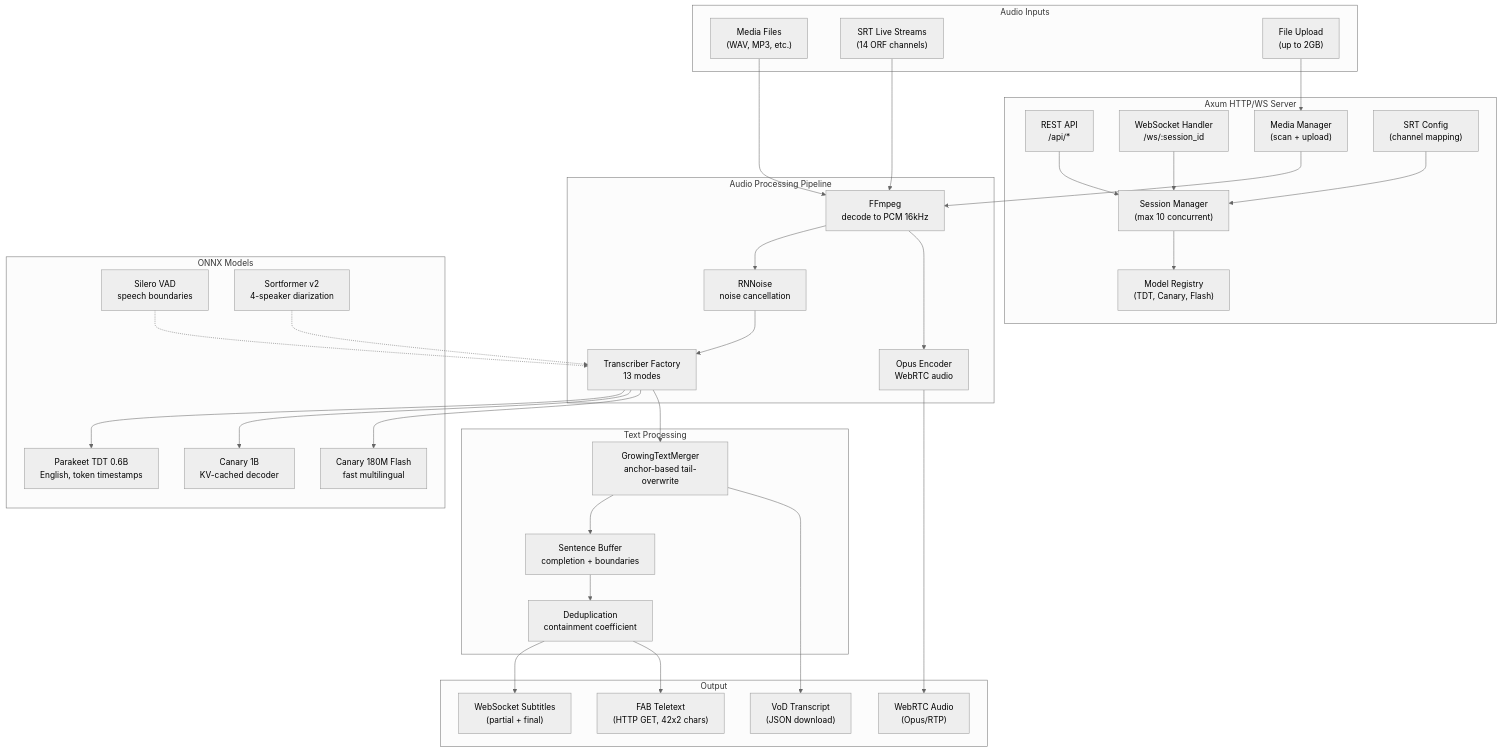
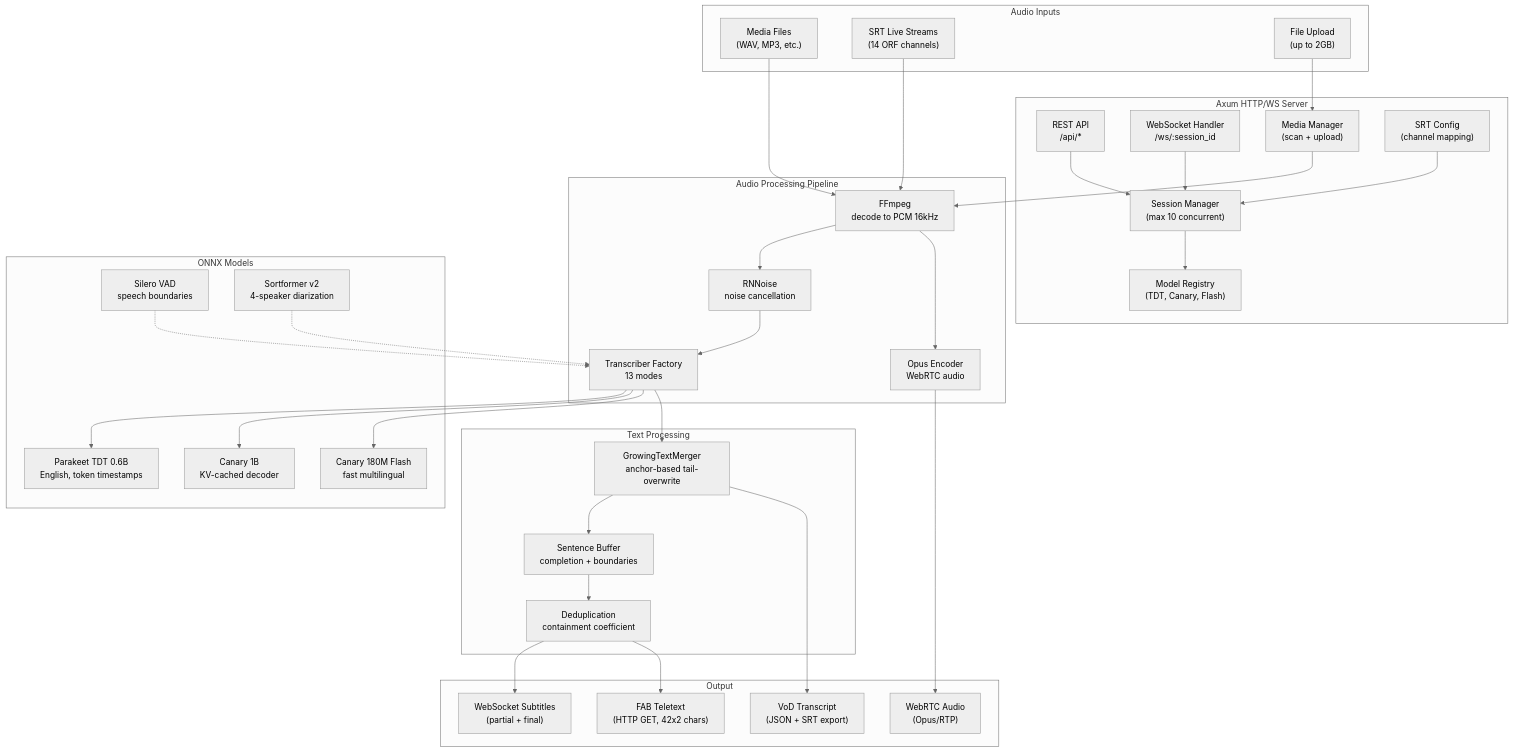
The first of 5 diagrams in docs/architecture.md (gjovanov/parakeet-rs), drawn with Mermaid (neutral theme) before and after one commit. The commit also changed other lines of this file and 17 other files, not shown here.

````diff
--- a/docs/architecture.md
+++ b/docs/architecture.md
@@ -9,63 +9,63 @@
 ```mermaid
 graph TD
     subgraph Inputs["Audio Inputs"]
         MF["Media Files<br/>(WAV, MP3, etc.)"]
         SRT["SRT Live Streams<br/>(14 ORF channels)"]
         UL["File Upload<br/>(up to 2GB)"]
     end
 
     subgraph Server["Axum HTTP/WS Server"]
         API["REST API<br/>/api/*"]
         WSH["WebSocket Handler<br/>/ws/:session_id"]
         SM["Session Manager<br/>(max 10 concurrent)"]
         MR["Model Registry<br/>(TDT, Canary, Flash)"]
         MM["Media Manager<br/>(scan + upload)"]
         SC["SRT Config<br/>(channel mapping)"]
     end
 
     subgraph Pipeline["Audio Processing Pipeline"]
         FF["FFmpeg<br/>decode to PCM 16kHz"]
         NC["RNNoise<br/>noise cancellation"]
         OP["Opus Encoder<br/>WebRTC audio"]
         TF["Transcriber Factory<br/>13 modes"]
     end
 
     subgraph Models["ONNX Models"]
         TDT["Parakeet TDT 0.6B<br/>English, token timestamps"]
         CAN["Canary 1B<br/>KV-cached decoder"]
         CF["Canary 180M Flash<br/>fast multilingual"]
         VAD["Silero VAD<br/>speech boundaries"]
         SF["Sortformer v2<br/>4-speaker diarization"]
     end
 
     subgraph TextProc["Text Processing"]
         GT["GrowingTextMerger<br/>anchor-based tail-overwrite"]
         SB["Sentence Buffer<br/>completion + boundaries"]
         DD["Deduplication<br/>containment coefficient"]
     end
 
     subgraph Output["Output"]
         SUB["WebSocket Subtitles<br/>(partial + final)"]
         RTC["WebRTC Audio<br/>(Opus/RTP)"]
         FAB["FAB Teletext<br/>(HTTP GET, 42x2 chars)"]
-        VOD["VoD Transcript<br/>(JSON download)"]
+        VOD["VoD Transcript<br/>(JSON + SRT export)"]
     end
 
     MF --> FF
     SRT --> FF
     UL --> MM --> FF
     FF --> NC --> TF
     FF --> OP --> RTC
     TF --> TDT & CAN & CF
     VAD -.-> TF
     SF -.-> TF
     TF --> GT --> SB --> DD
     DD --> SUB
     DD --> FAB
     GT --> VOD
 
     API --> SM
     WSH --> SM
     SM --> MR
     SC --> SM
 ```
````
